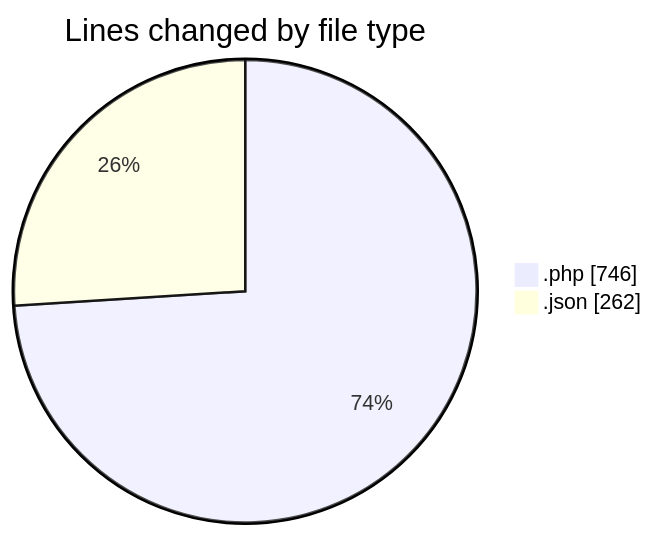
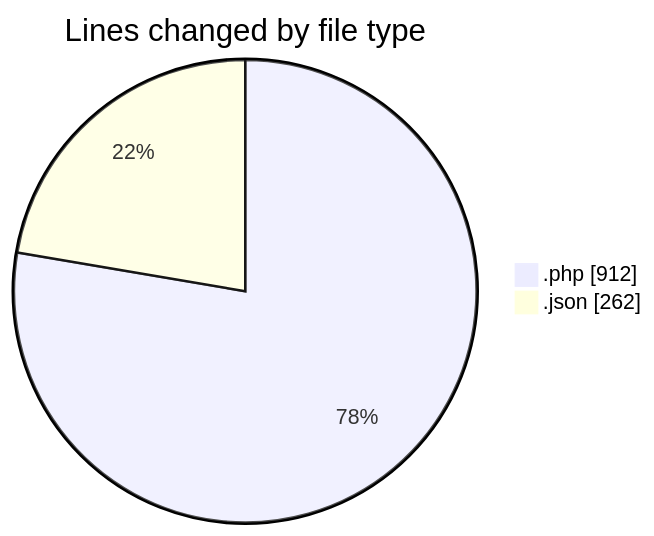
The first of 2 diagrams in 2025-11-01/futsal_rekomendasi/README.md (idhammustaqopulfikri/code-tracking), drawn with Mermaid before and after one commit. The commit also changed other lines of this file and 1 other file, not shown here.

````diff
--- a/2025-11-01/futsal_rekomendasi/README.md
+++ b/2025-11-01/futsal_rekomendasi/README.md
@@ -32,6 +34,6 @@
 ```mermaid
 pie showData
 title Lines changed by file type
-".php" : 746
+".php" : 912
 ".json" : 262
 ```
````
